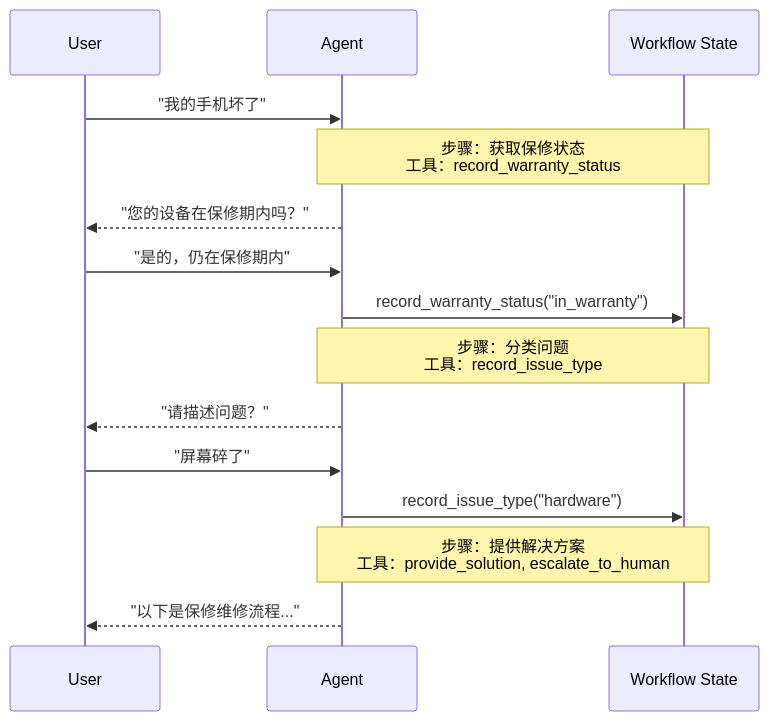
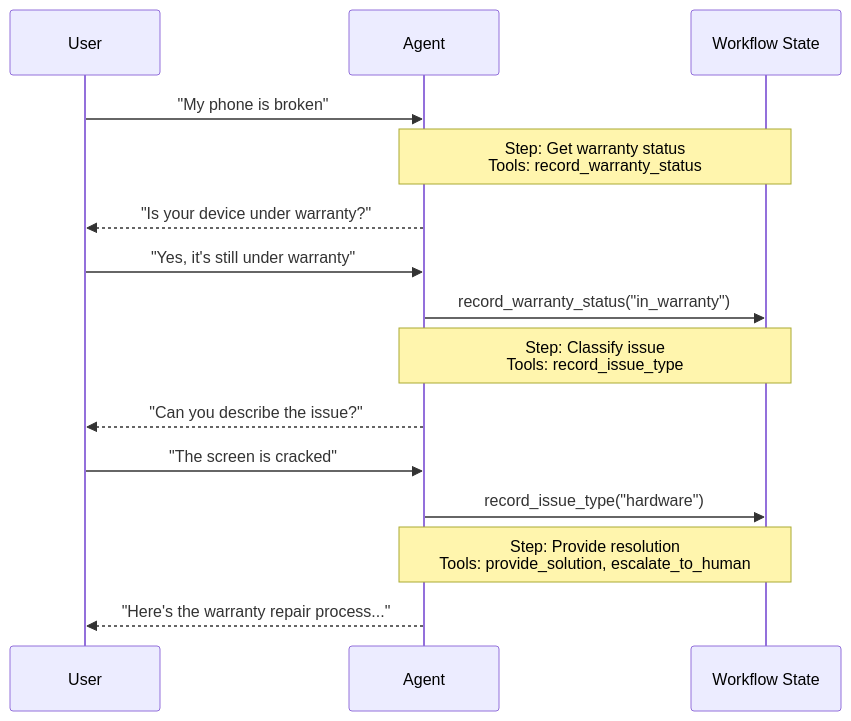
The diagram in oss/javascript/langchain/multi-agent/handoffs.mdx (kunfan96/cndocs-langchain), drawn with Mermaid before and after one commit. The commit also changed other lines of this file and 2538 other files, not shown here.

````diff
--- a/oss/javascript/langchain/multi-agent/handoffs.mdx
+++ b/oss/javascript/langchain/multi-agent/handoffs.mdx
@@ -11,20 +11,20 @@
 ```mermaid
 sequenceDiagram
     participant User
     participant Agent
     participant Workflow State
 
-    User->>Agent: "我的手机坏了"
-    Note over Agent,Workflow State: 步骤：获取保修状态<br/>工具：record_warranty_status
-    Agent-->>User: "您的设备在保修期内吗？"
+    User->>Agent: "My phone is broken"
+    Note over Agent,Workflow State: Step: Get warranty status<br/>Tools: record_warranty_status
+    Agent-->>User: "Is your device under warranty?"
 
-    User->>Agent: "是的，仍在保修期内"
+    User->>Agent: "Yes, it's still under warranty"
     Agent->>Workflow State: record_warranty_status("in_warranty")
-    Note over Agent,Workflow State: 步骤：分类问题<br/>工具：record_issue_type
-    Agent-->>User: "请描述问题？"
+    Note over Agent,Workflow State: Step: Classify issue<br/>Tools: record_issue_type
+    Agent-->>User: "Can you describe the issue?"
 
-    User->>Agent: "屏幕碎了"
+    User->>Agent: "The screen is cracked"
     Agent->>Workflow State: record_issue_type("hardware")
-    Note over Agent,Workflow State: 步骤：提供解决方案<br/>工具：provide_solution, escalate_to_human
-    Agent-->>User: "以下是保修维修流程..."
+    Note over Agent,Workflow State: Step: Provide resolution<br/>Tools: provide_solution, escalate_to_human
+    Agent-->>User: "Here's the warranty repair process..."
 ```
````
